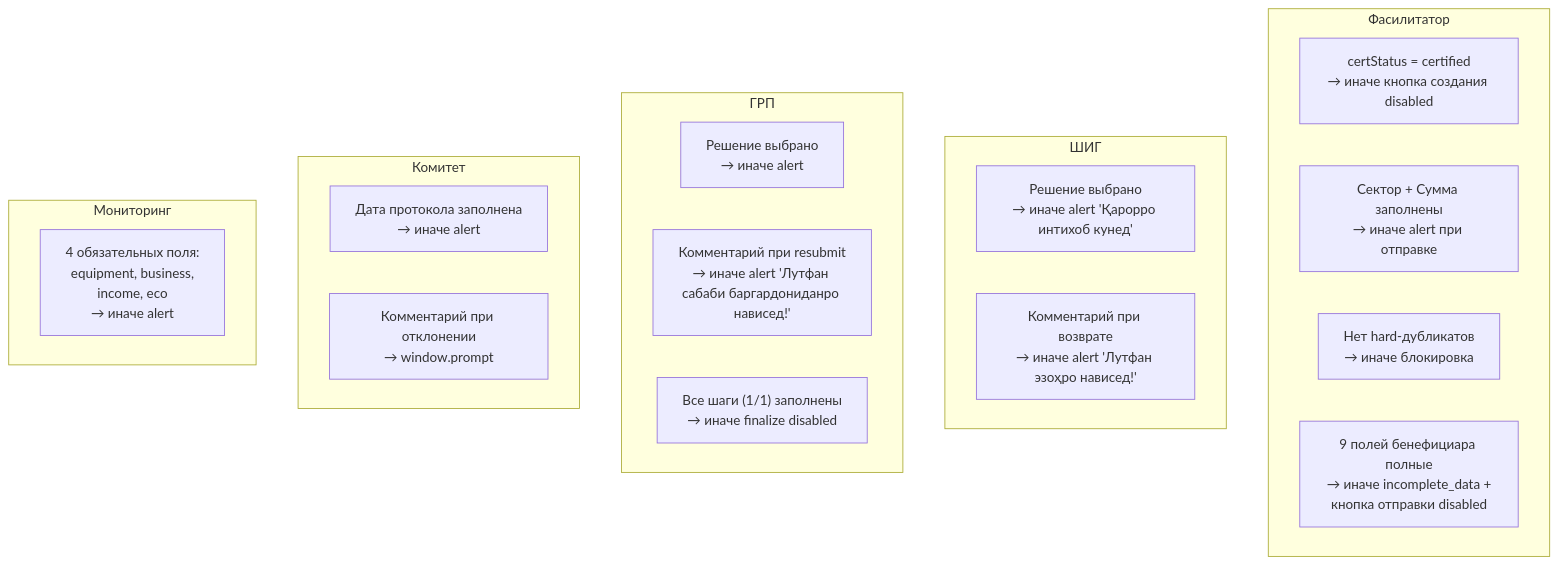
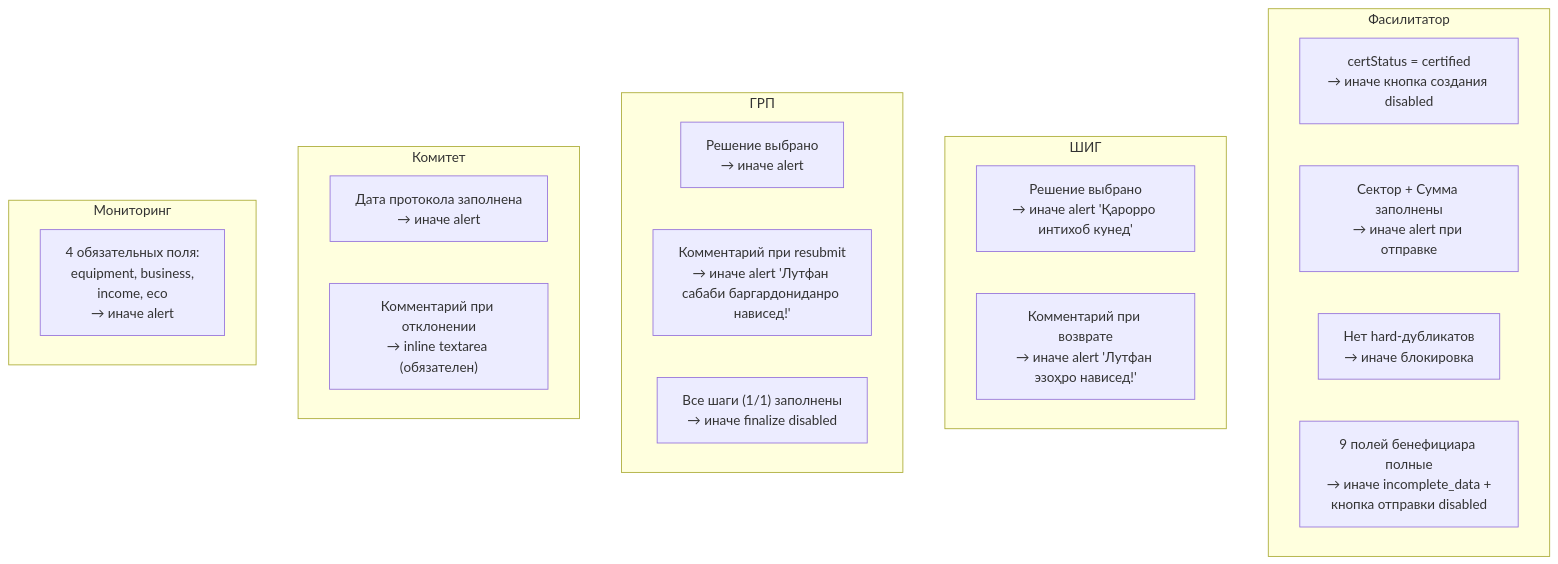
One commit to fkhokimov-wq/1 changed the third of 5 diagrams in docs/ACCESS-CONTROL.md. Above: the diagram before and after it, drawn with Mermaid. The commit also changed other lines of this file and 10 other files, not shown here.

````diff
--- a/docs/ACCESS-CONTROL.md
+++ b/docs/ACCESS-CONTROL.md
@@ -205,29 +207,29 @@
 ```mermaid
 flowchart TD
     subgraph "Фасилитатор"
         V1["certStatus = certified<br/>→ иначе кнопка создания disabled"]
         V2["Сектор + Сумма заполнены<br/>→ иначе alert при отправке"]
         V3["Нет hard-дубликатов<br/>→ иначе блокировка"]
         V3b["9 полей бенефициара полные<br/>→ иначе incomplete_data +<br/>кнопка отправки disabled"]
     end
 
     subgraph "ШИГ"
         V4["Решение выбрано<br/>→ иначе alert 'Қарорро интихоб кунед'"]
         V5["Комментарий при возврате<br/>→ иначе alert 'Лутфан эзоҳро нависед!'"]
     end
 
     subgraph "ГРП"
         V6["Решение выбрано<br/>→ иначе alert"]
         V7["Комментарий при resubmit<br/>→ иначе alert 'Лутфан сабаби баргардониданро нависед!'"]
         V8["Все шаги (1/1) заполнены<br/>→ иначе finalize disabled"]
     end
 
     subgraph "Комитет"
         V9["Дата протокола заполнена<br/>→ иначе alert"]
-        V10["Комментарий при отклонении<br/>→ window.prompt"]
+        V10["Комментарий при отклонении<br/>→ inline textarea (обязателен)"]
     end
 
     subgraph "Мониторинг"
         V11["4 обязательных поля:<br/>equipment, business,<br/>income, eco<br/>→ иначе alert"]
     end
 ```
````
